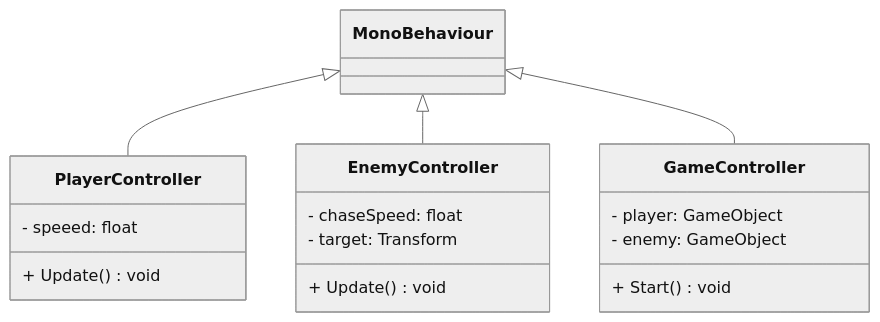
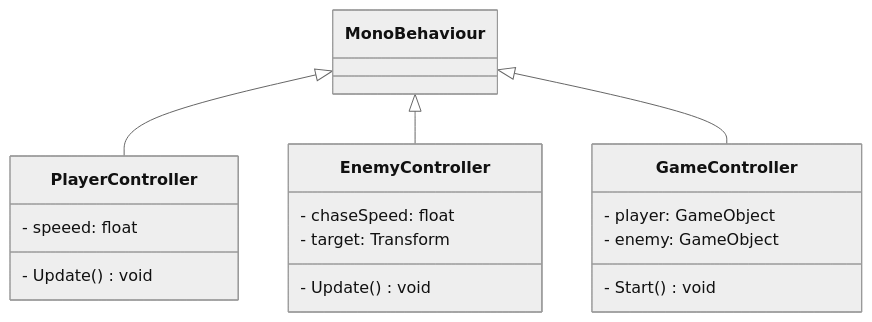
One commit to 4ahmns-sosem-2324/12-mermaid-hjauch changed the diagram in README.md. Above: the diagram before and after it, drawn with Mermaid (neutral theme).

Commit message:
Start und Update auf Private

````diff
--- a/README.md
+++ b/README.md
@@ -3,22 +3,22 @@
 ```mermaid
 classDiagram
     MonoBehaviour <|-- PlayerController
     MonoBehaviour <|-- EnemyController
     MonoBehaviour <|-- GameController
  
     class GameController {
         - player: GameObject
         - enemy: GameObject
-        + Start() void
+        - Start() void
     }
     class PlayerController {
         - speeed: float
-        + Update() void
+        - Update() void
     }
  
     class EnemyController {
         - chaseSpeed: float
         - target: Transform
-        + Update() void
+        - Update() void
     }
   ```
````
